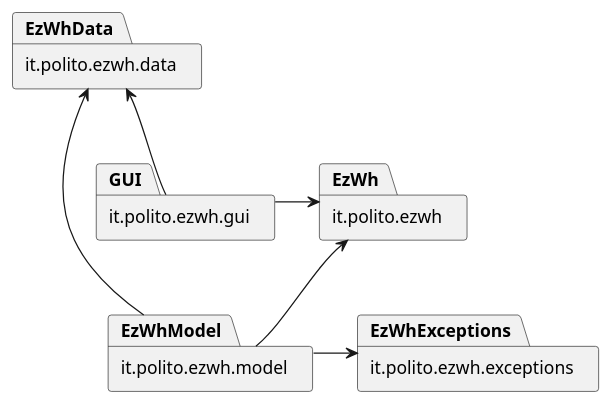
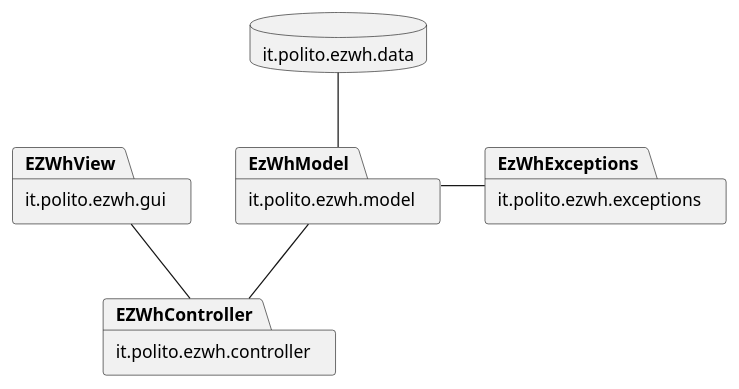
Before and after one commit to DavideArcolini/SoftEng_garbageCollector: the first of 6 diagrams in DESIGN PART/DesignDocument.md, drawn with PlantUML. The commit also changed other lines of this file, not shown here.

````diff
--- a/DESIGN PART/DesignDocument.md
+++ b/DESIGN PART/DesignDocument.md
@@ -29,13 +28,12 @@
 ```plantuml
-package it.polito.ezwh as EzWh
-package it.polito.ezwh.data as EzWhData
+database it.polito.ezwh.data as EzWhData
 package it.polito.ezwh.exceptions as EzWhExceptions
 package it.polito.ezwh.model as EzWhModel
-package it.polito.ezwh.gui as GUI
+package it.polito.ezwh.gui as EZWhView
+package it.polito.ezwh.controller as EZWhController
 
-EzWh <-left- GUI
-EzWh <-- EzWhModel
-EzWhData <-- EzWhModel
-EzWhExceptions <-left- EzWhModel
-EzWhData <-- GUI
+EzWhData -- EzWhModel
+EzWhExceptions -left- EzWhModel
+EZWhView -- EZWhController
+EzWhModel -- EZWhController
 ```
````
